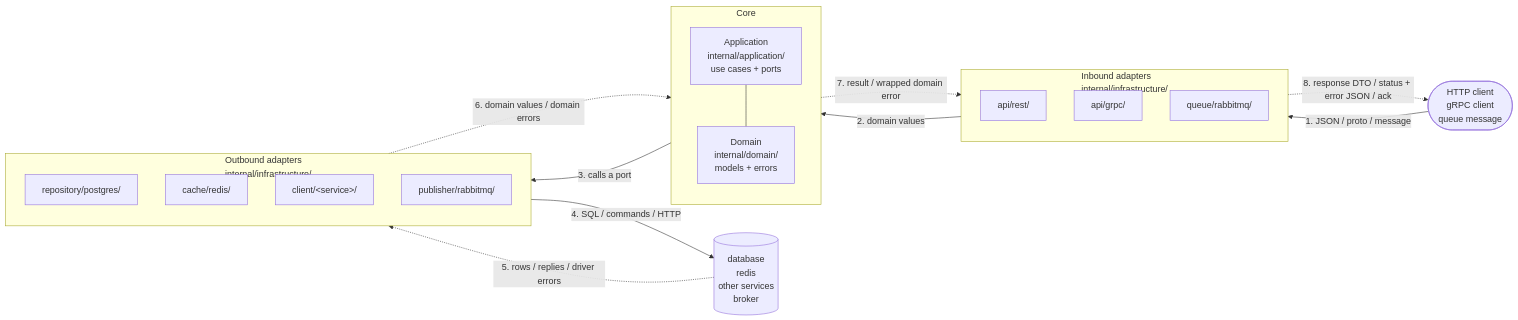
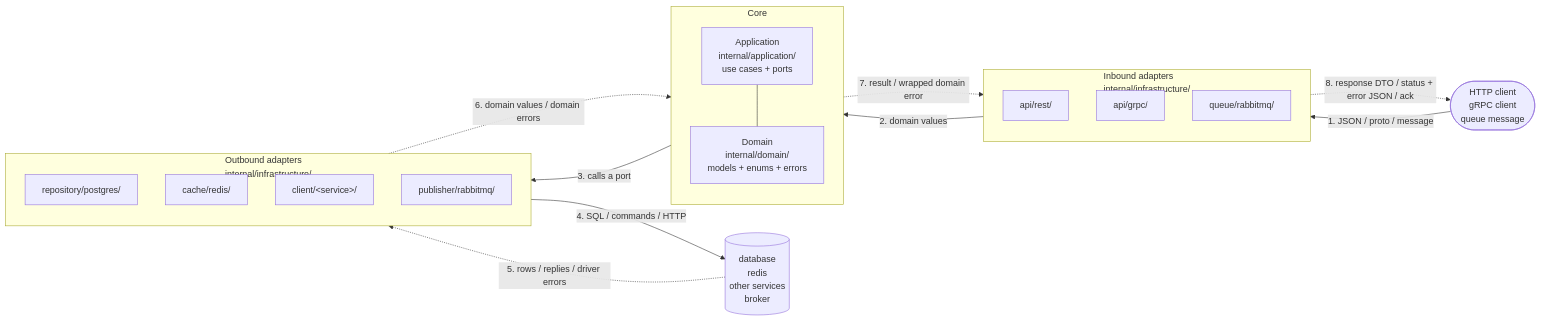
One commit to drew138/.dotfiles changed the diagram in roles/ai/files/skills/go-service/SKILL.md. Above: the diagram before and after it, drawn with Mermaid. The commit also changed other lines of this file and 61 other files, not shown here.

````diff
--- a/roles/ai/files/skills/go-service/SKILL.md
+++ b/roles/ai/files/skills/go-service/SKILL.md
@@ -32,38 +32,38 @@
 ```mermaid
 flowchart LR
     caller(["HTTP client<br/>gRPC client<br/>queue message"])
 
     subgraph inbound["Inbound adapters<br/>internal/infrastructure/"]
         direction TB
         rest["api/rest/"]
         grpc["api/grpc/"]
         consumer["queue/rabbitmq/"]
     end
 
     subgraph core["Core"]
         direction TB
         app["Application<br/>internal/application/<br/>use cases + ports"]
-        domain["Domain<br/>internal/domain/<br/>models + errors"]
+        domain["Domain<br/>internal/domain/<br/>models + enums + errors"]
         app --- domain
     end
 
     subgraph outbound["Outbound adapters<br/>internal/infrastructure/"]
         direction TB
         repo["repository/postgres/"]
         cache["cache/redis/"]
         client["client/&lt;service&gt;/"]
         pub["publisher/rabbitmq/"]
     end
 
     world[("database<br/>redis<br/>other services<br/>broker")]
 
     caller -->|"1. JSON / proto / message"| inbound
     inbound -->|"2. domain values"| app
     app -->|"3. calls a port"| outbound
     outbound -->|"4. SQL / commands / HTTP"| world
 
     world -.->|"5. rows / replies / driver errors"| outbound
     outbound -.->|"6. domain values / domain errors"| app
     app -.->|"7. result / wrapped domain error"| inbound
     inbound -.->|"8. response DTO / status + error JSON / ack"| caller
 ```
````
